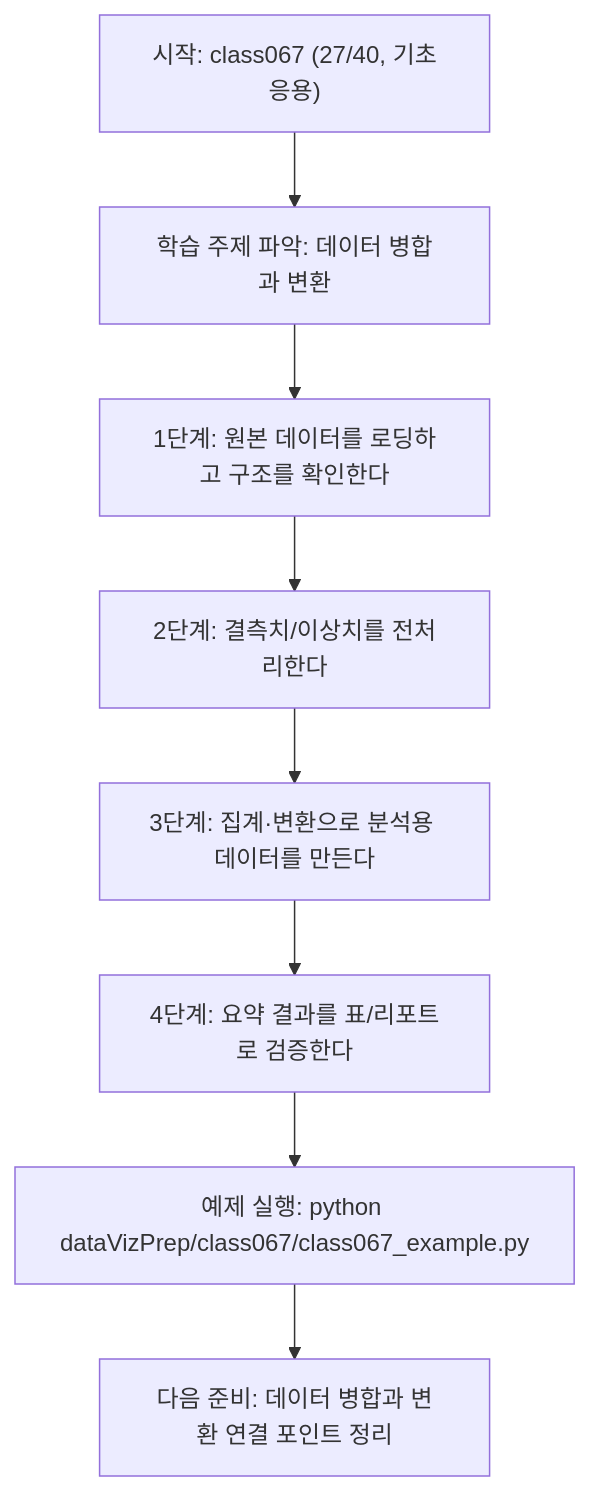
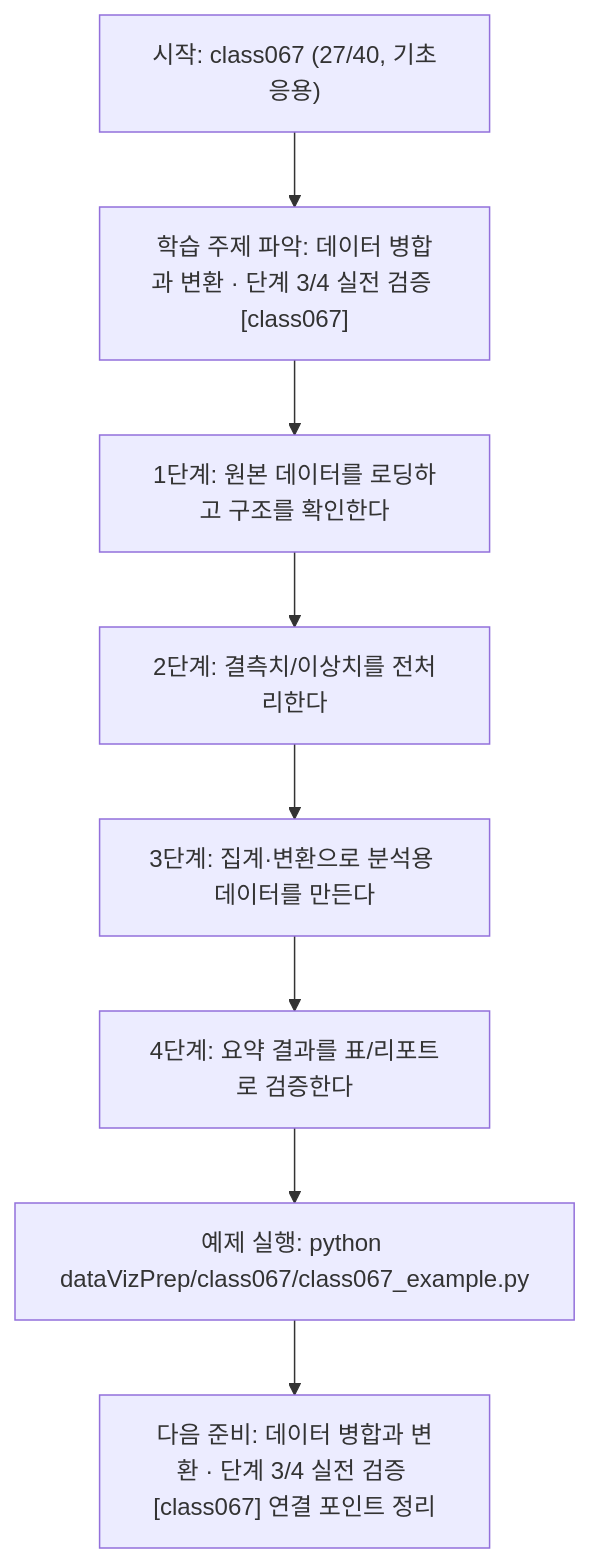
The diagram in dataVizPrep/class067/class067.md (edumgt/Python-AI_Agent-Class), drawn with Mermaid before and after one commit. The commit also changed other lines of this file and 522 other files, not shown here.

````diff
--- a/dataVizPrep/class067/class067.md
+++ b/dataVizPrep/class067/class067.md
@@ -110,18 +111,18 @@
 ```mermaid
 flowchart TD
 N1["시작: class067 (27/40, 기초응용)"]
-N2["학습 주제 파악: 데이터 병합과 변환"]
+N2["학습 주제 파악: 데이터 병합과 변환 · 단계 3/4 실전 검증 [class067]"]
 N3["1단계: 원본 데이터를 로딩하고 구조를 확인한다"]
 N4["2단계: 결측치/이상치를 전처리한다"]
 N5["3단계: 집계·변환으로 분석용 데이터를 만든다"]
 N6["4단계: 요약 결과를 표/리포트로 검증한다"]
 N7["예제 실행: python dataVizPrep/class067/class067_example.py"]
-N8["다음 준비: 데이터 병합과 변환 연결 포인트 정리"]
+N8["다음 준비: 데이터 병합과 변환 · 단계 3/4 실전 검증 [class067] 연결 포인트 정리"]
 N1 --> N2
 N2 --> N3
 N3 --> N4
 N4 --> N5
 N5 --> N6
 N6 --> N7
 N7 --> N8
 ```
````
